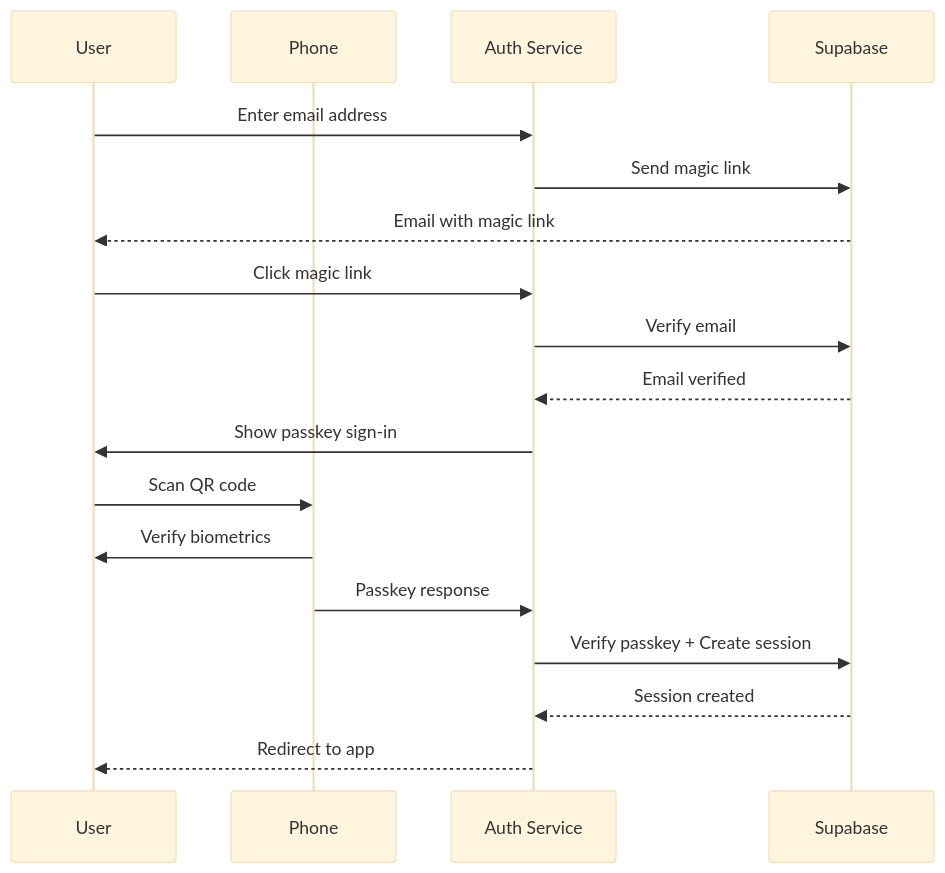
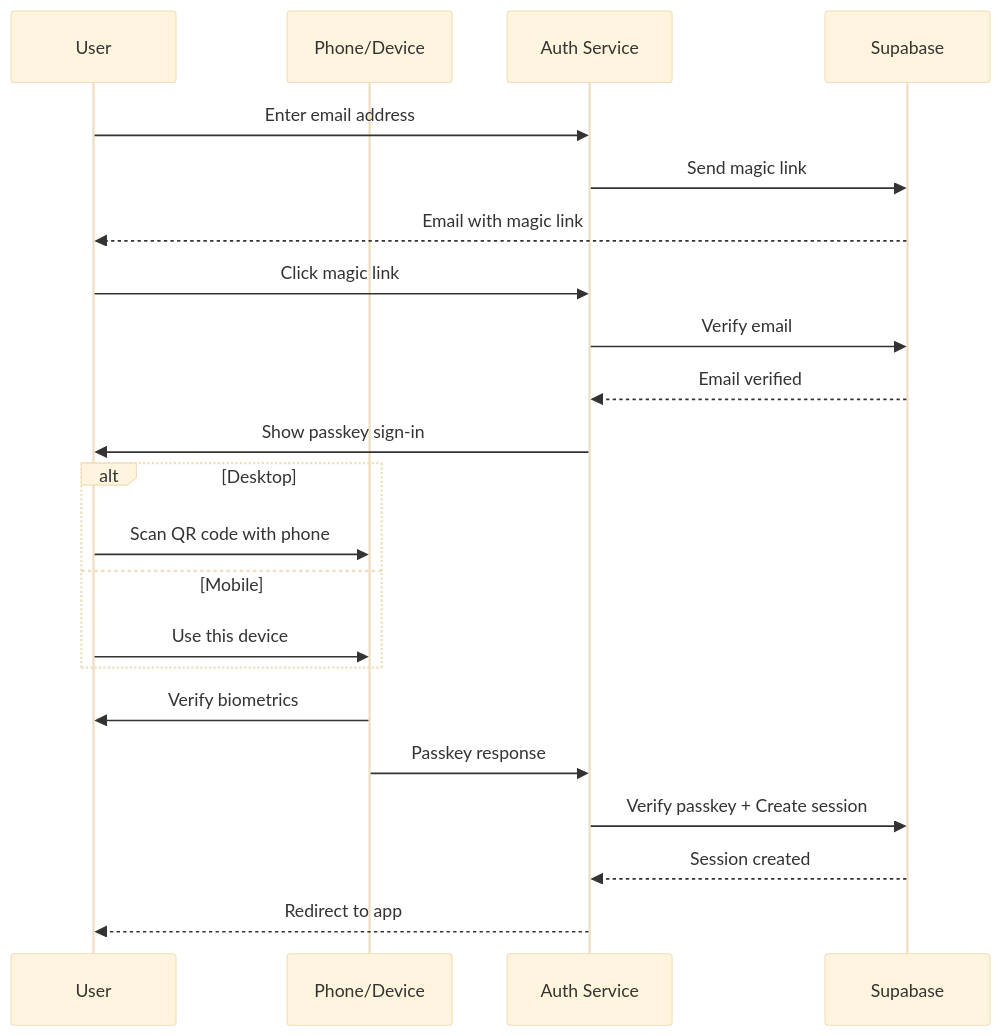
One commit to CasparRubin/helvety-auth changed the second of 2 diagrams in README.md. Above: the diagram before and after it, drawn with Mermaid (base theme). The commit also changed other lines of this file and 27 other files, not shown here.

First line of the commit message:
fix(auth): device-aware passkey flow for mobile and desktop

````diff
--- a/README.md
+++ b/README.md
@@ -61,21 +69,25 @@
 ```mermaid
 sequenceDiagram
     participant U as User
-    participant P as Phone
+    participant P as Phone/Device
     participant A as Auth Service
     participant S as Supabase
 
     U->>A: Enter email address
     A->>S: Send magic link
     S-->>U: Email with magic link
     U->>A: Click magic link
     A->>S: Verify email
     S-->>A: Email verified
     A->>U: Show passkey sign-in
-    U->>P: Scan QR code
+    alt Desktop
+      U->>P: Scan QR code with phone
+    else Mobile
+      U->>P: Use this device
+    end
     P->>U: Verify biometrics
     P->>A: Passkey response
     A->>S: Verify passkey + Create session
     S-->>A: Session created
     A-->>U: Redirect to app
 ```
````
